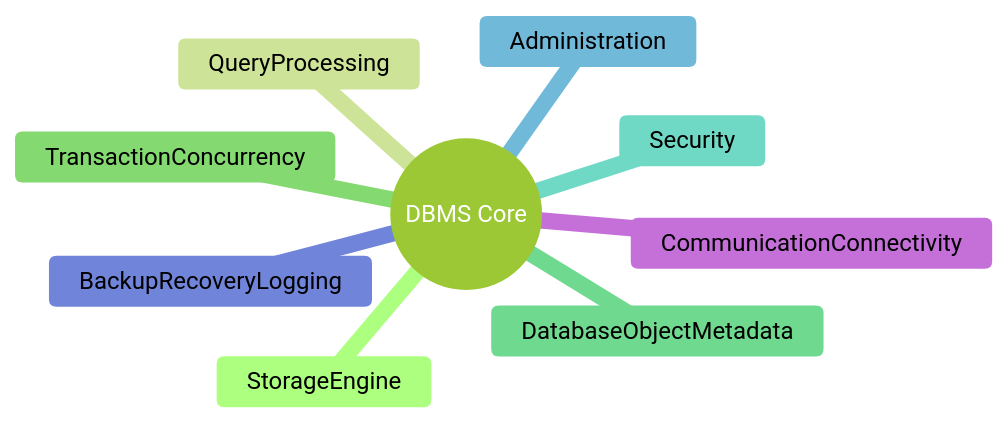
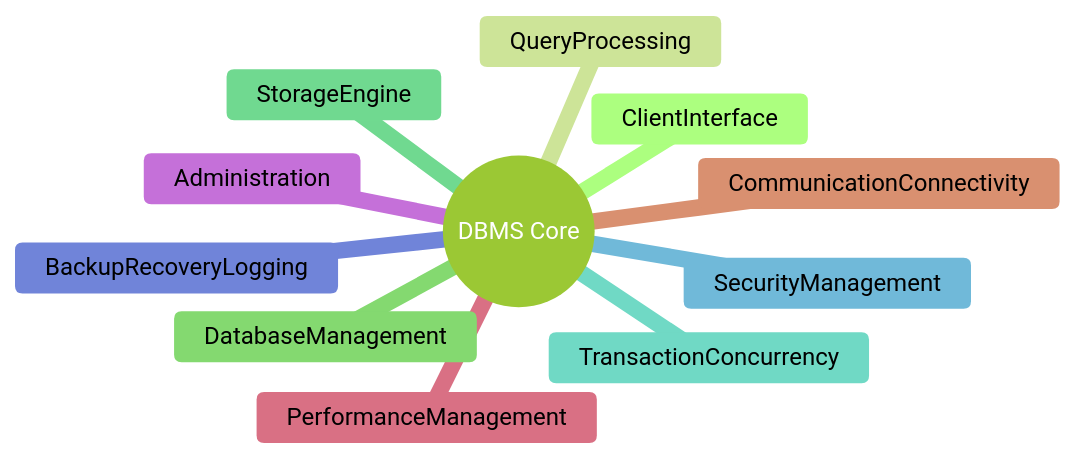
Before and after one commit to Ricky13170/DBMS_bbv: the first of 2 diagrams in README.md, drawn with Mermaid (forest theme). The commit also changed other lines of this file, not shown here.

````diff
--- a/README.md
+++ b/README.md
@@ -9,12 +9,14 @@
 ```mermaid
 mindmap
   root((DBMS Core))
+    ClientInterface
+    QueryProcessing
+    DatabaseManagement
     StorageEngine
-    QueryProcessing
     TransactionConcurrency
-    DatabaseObjectMetadata
-    Security
+    SecurityManagement
+    BackupRecoveryLogging
     Administration
-    BackupRecoveryLogging
+    PerformanceManagement
     CommunicationConnectivity
 ```
````
